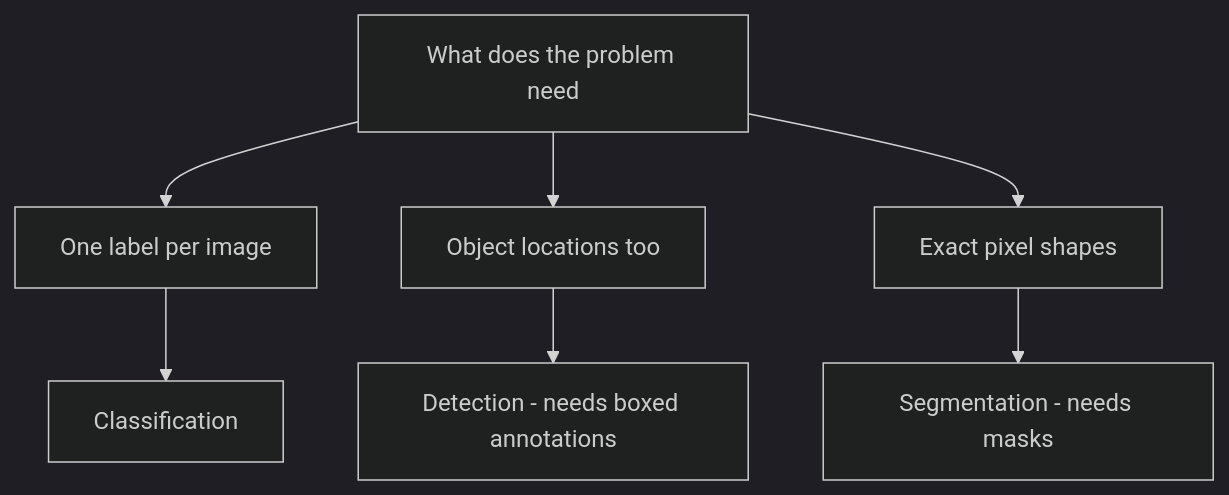
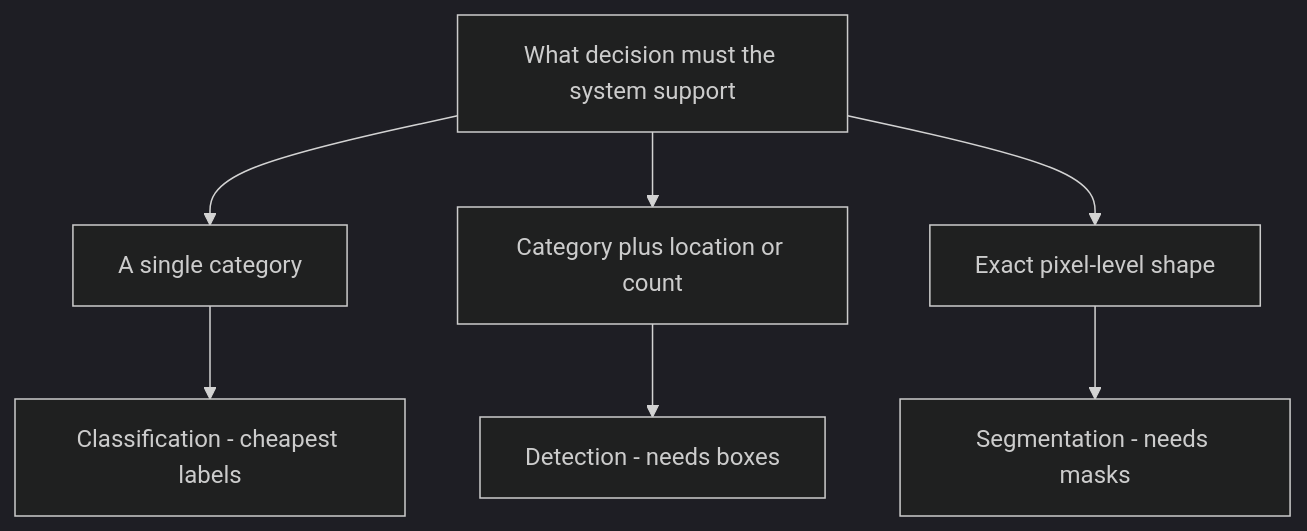
Before and after one commit to CODECRUNCHWORLDWIDE/C56-CRUNCH-VISION: the first of 2 diagrams in curriculum/week-12-capstone-a-computer-vision-system/lecture-notes/01-scoping-a-vision-project.md, drawn with Mermaid (dark theme). The commit also changed other lines of this file and 254 other files, not shown here.

Commit message:
docs: add diagrams + sync content from curriculum source

````diff
--- a/curriculum/week-12-capstone-a-computer-vision-system/lecture-notes/01-scoping-a-vision-project.md
+++ b/curriculum/week-12-capstone-a-computer-vision-system/lecture-notes/01-scoping-a-vision-project.md
@@ -14,9 +23,9 @@
 ```mermaid
 flowchart TD
-  Start["What does the problem need"] --> Q1["One label per image"]
-  Start --> Q2["Object locations too"]
-  Start --> Q3["Exact pixel shapes"]
-  Q1 --> Class["Classification"]
-  Q2 --> Det["Detection - needs boxed annotations"]
+  Start["What decision must the system support"] --> Q1["A single category"]
+  Start --> Q2["Category plus location or count"]
+  Start --> Q3["Exact pixel-level shape"]
+  Q1 --> Class["Classification - cheapest labels"]
+  Q2 --> Det["Detection - needs boxes"]
   Q3 --> Seg["Segmentation - needs masks"]
 ```
````
